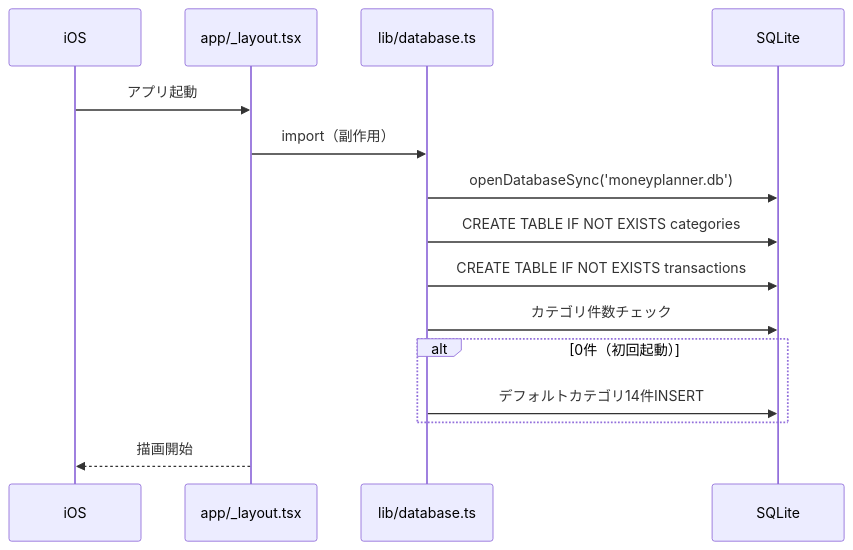
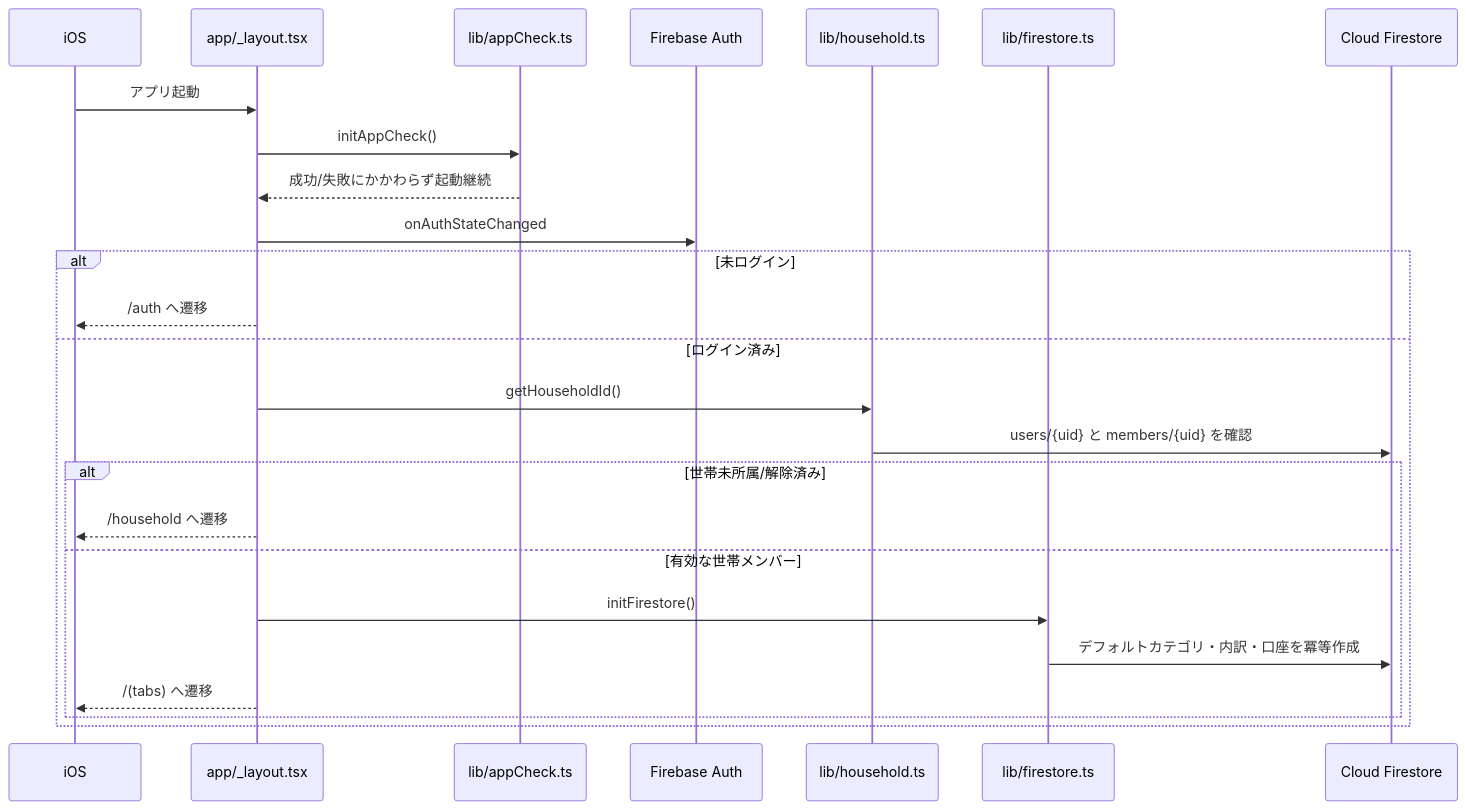
The fourth of 6 diagrams in ARCHITECTURE.md (PLUG365/moneyplanner), drawn with Mermaid before and after one commit. The commit also changed other lines of this file and 63 other files, not shown here.

Commit message:
feat: complete Firestore household sync migration

````diff
--- a/ARCHITECTURE.md
+++ b/ARCHITECTURE.md
@@ -103,18 +166,28 @@
 ```mermaid
 sequenceDiagram
     participant OS as iOS
     participant Layout as app/_layout.tsx
-    participant DB as lib/database.ts
-    participant SQLite as SQLite
+    participant AppCheck as lib/appCheck.ts
+    participant Auth as Firebase Auth
+    participant Household as lib/household.ts
+    participant DB as lib/firestore.ts
+    participant Firestore as Cloud Firestore
 
     OS->>Layout: アプリ起動
-    Layout->>DB: import（副作用）
-    DB->>SQLite: openDatabaseSync('moneyplanner.db')
-    DB->>SQLite: CREATE TABLE IF NOT EXISTS categories
-    DB->>SQLite: CREATE TABLE IF NOT EXISTS transactions
-    DB->>SQLite: カテゴリ件数チェック
-    alt 0件（初回起動）
-        DB->>SQLite: デフォルトカテゴリ14件INSERT
+    Layout->>AppCheck: initAppCheck()
+    AppCheck-->>Layout: 成功/失敗にかかわらず起動継続
+    Layout->>Auth: onAuthStateChanged
+    alt 未ログイン
+        Layout-->>OS: /auth へ遷移
+    else ログイン済み
+        Layout->>Household: getHouseholdId()
+        Household->>Firestore: users/{uid} と members/{uid} を確認
+        alt 世帯未所属/解除済み
+            Layout-->>OS: /household へ遷移
+        else 有効な世帯メンバー
+            Layout->>DB: initFirestore()
+            DB->>Firestore: デフォルトカテゴリ・内訳・口座を冪等作成
+            Layout-->>OS: /(tabs) へ遷移
+        end
     end
-    Layout-->>OS: 描画開始
 ```
````
